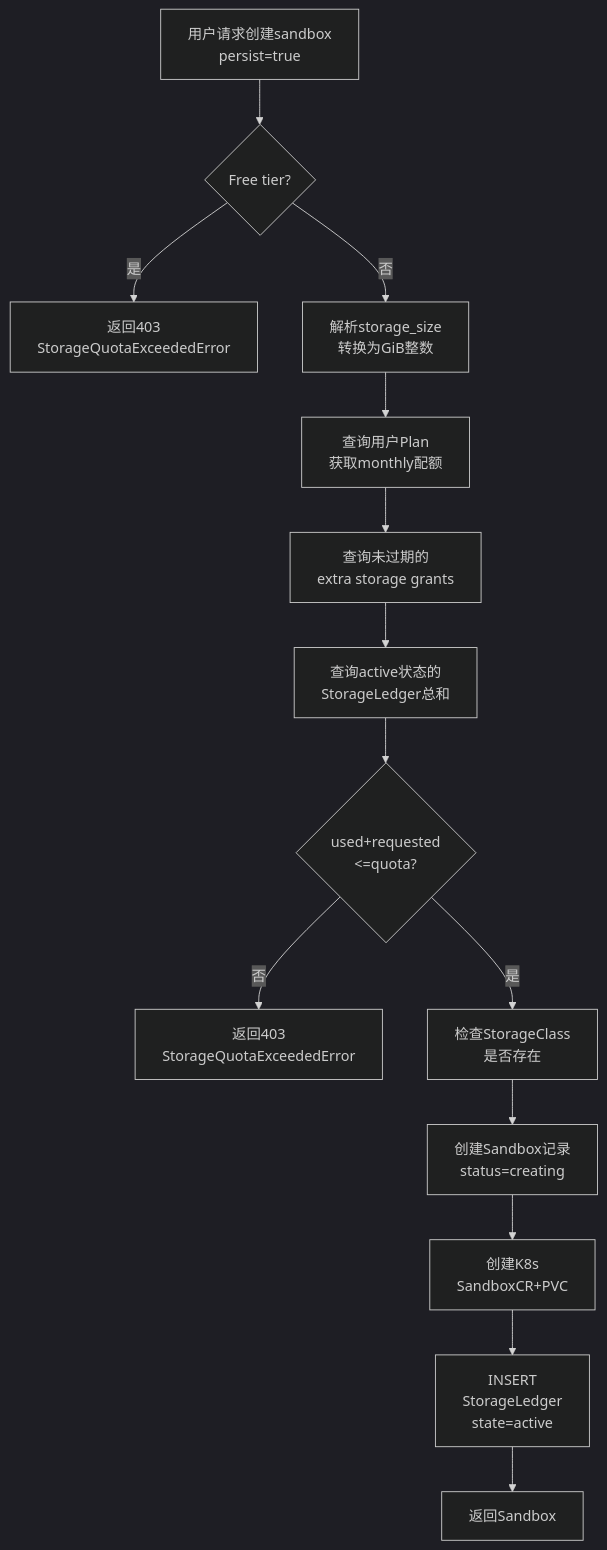
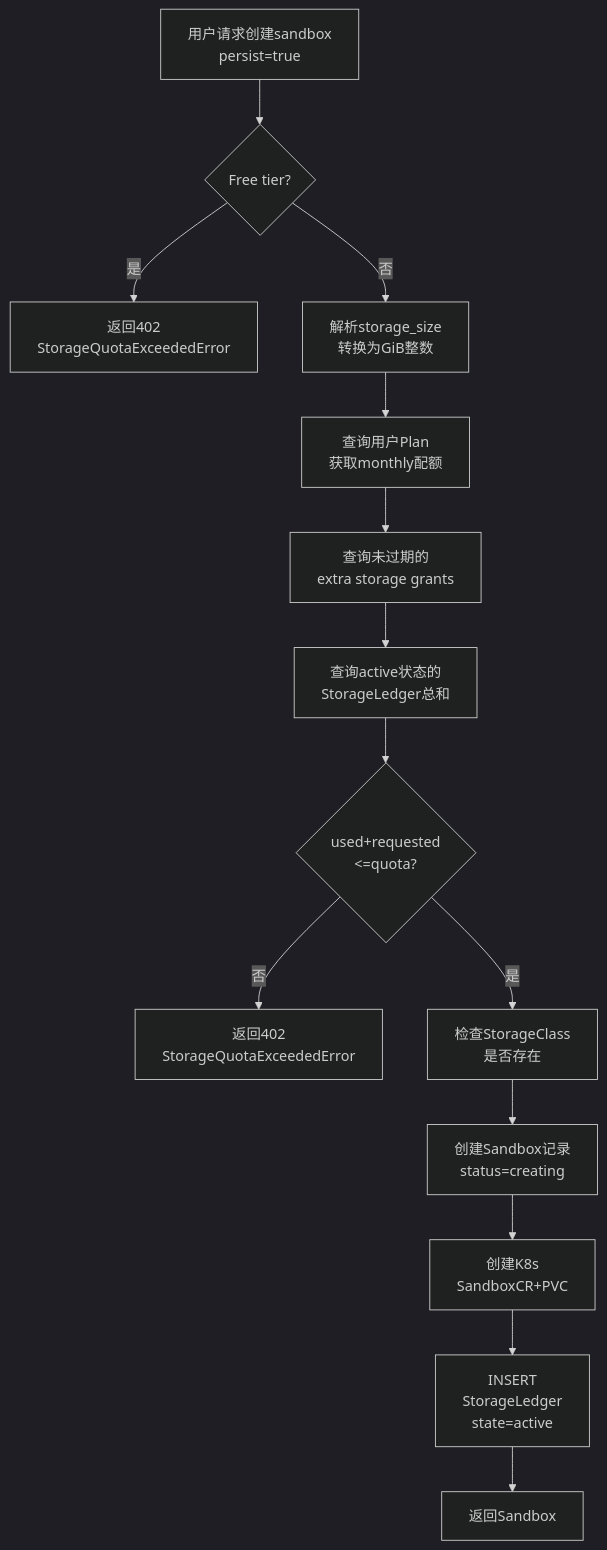
Before and after one commit to earayu/treadstone: the second of 9 diagrams in docs/zh-CN/design/2026-03-26-metering-storage.md, drawn with Mermaid (dark theme). The commit also changed other lines of this file and 6 other files, not shown here.

````diff
--- a/docs/zh-CN/design/2026-03-26-metering-storage.md
+++ b/docs/zh-CN/design/2026-03-26-metering-storage.md
@@ -353,16 +354,16 @@
 ```mermaid
 flowchart TD
     A[用户请求创建sandbox<br/>persist=true] --> B{Free tier?}
-    B -->|是| Z1[返回403<br/>StorageQuotaExceededError]
+    B -->|是| Z1[返回402<br/>StorageQuotaExceededError]
     B -->|否| C[解析storage_size<br/>转换为GiB整数]
     C --> D[查询用户Plan<br/>获取monthly配额]
     D --> E[查询未过期的<br/>extra storage grants]
     E --> F[查询active状态的<br/>StorageLedger总和]
     F --> G{used+requested<br/><=quota?}
-    G -->|否| Z2[返回403<br/>StorageQuotaExceededError]
+    G -->|否| Z2[返回402<br/>StorageQuotaExceededError]
     G -->|是| H[检查StorageClass<br/>是否存在]
     H --> I[创建Sandbox记录<br/>status=creating]
     I --> J[创建K8s<br/>SandboxCR+PVC]
     J --> K[INSERT<br/>StorageLedger<br/>state=active]
     K --> L[返回Sandbox]
 ```
````
